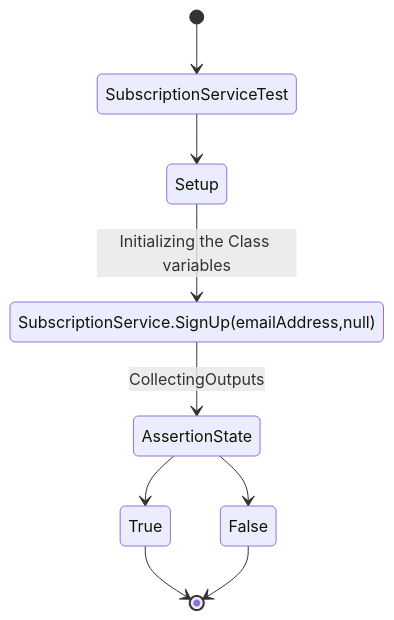
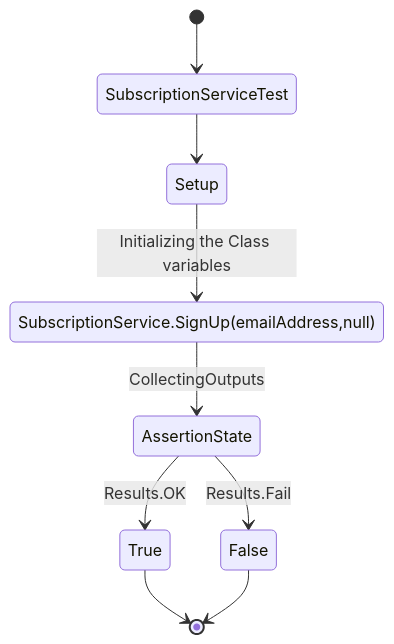
The second of 11 diagrams in model/tests/test.md (Emsaso/GetNews), drawn with Mermaid before and after one commit.

````diff
--- a/model/tests/test.md
+++ b/model/tests/test.md
@@ -32,35 +32,35 @@
 ```mermaid
 stateDiagram-v2
 [*] --> SubscriptionServiceTest
     SubscriptionServiceTest --> Setup
     Setup --> SubscriptionService.SignUp(emailAddress,null):Initializing the Class variables
     
 #    state AssertionState <<choice>>
 #    state SubscriptionCheck <<choice>>
 #    state EnsureEmailValidity <<choice>>
 
 #    EnsureEmailValidity
 #       [*] --> EnsureEmailValidity
 #
 #        state CollectingInputs
 #        state HandleInvalidEmail
 #        state join_state <<join>>
 
 #        CollectingInputs --> EmailAddress.IsValid()
 #            EmailAddress.IsValid()--> (bool)HandleInvalidEmail
 #            HandleInvalidEmail  --> AssertionState
 
 #        EmailAddress.IsValid() --> SubscriptionCheck
             
 #            state HandleNullSubscription
 #            HandleNullSubscription --> CreateSubScription
 #            CreateSubScription --> AssertionState
         
 
-    SubscriptionService.SignUp(emailAddress,null) --> AssertionState: CollectingOutputs
+    SubscriptionService.SignUp(emailAddress,null) --> AssertionState:CollectingOutputs
     
-    AssertionState --> True
-    AssertionState --> False
+    AssertionState --> True:Results.OK
+    AssertionState --> False:Results.Fail
     True --> [*]
     False --> [*]
 ```
````
